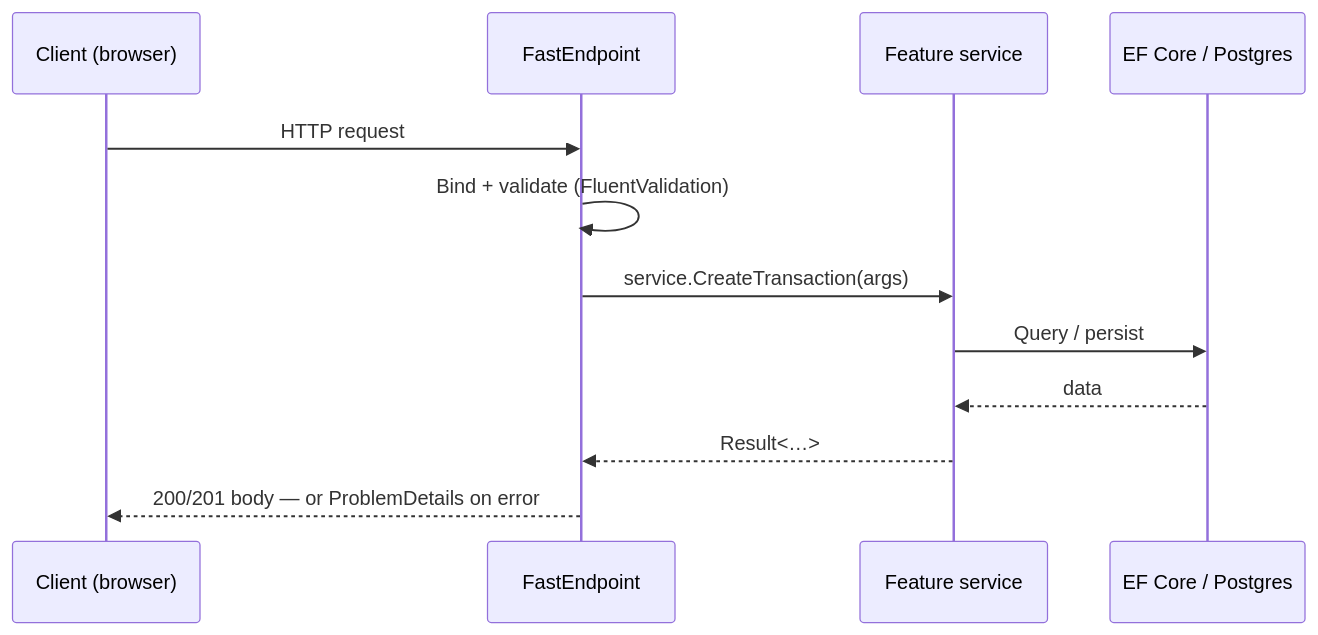
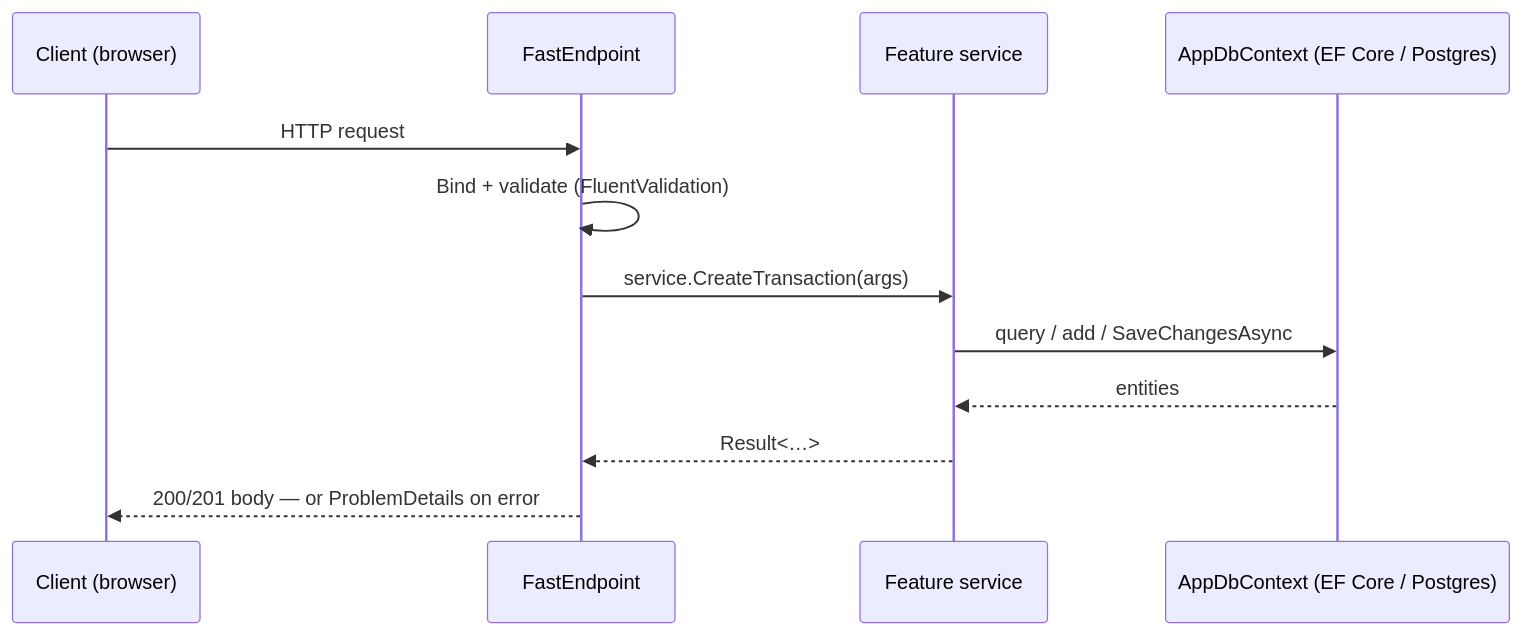
The fourth of 5 diagrams in docs/7. Architecture notes.md (Justxs/Jx-Finance), drawn with Mermaid before and after one commit. The commit also changed other lines of this file and 92 other files, not shown here.

````diff
--- a/docs/7. Architecture notes.md
+++ b/docs/7. Architecture notes.md
@@ -112,14 +127,14 @@
 ```mermaid
 sequenceDiagram
     participant C as Client (browser)
     participant E as FastEndpoint
     participant S as Feature service
-    participant DB as EF Core / Postgres
+    participant DB as AppDbContext (EF Core / Postgres)
     C->>E: HTTP request
     E->>E: Bind + validate (FluentValidation)
     E->>S: service.CreateTransaction(args)
-    S->>DB: Query / persist
-    DB-->>S: data
+    S->>DB: query / add / SaveChangesAsync
+    DB-->>S: entities
     S-->>E: Result<…>
     E-->>C: 200/201 body — or ProblemDetails on error
 ```
````
